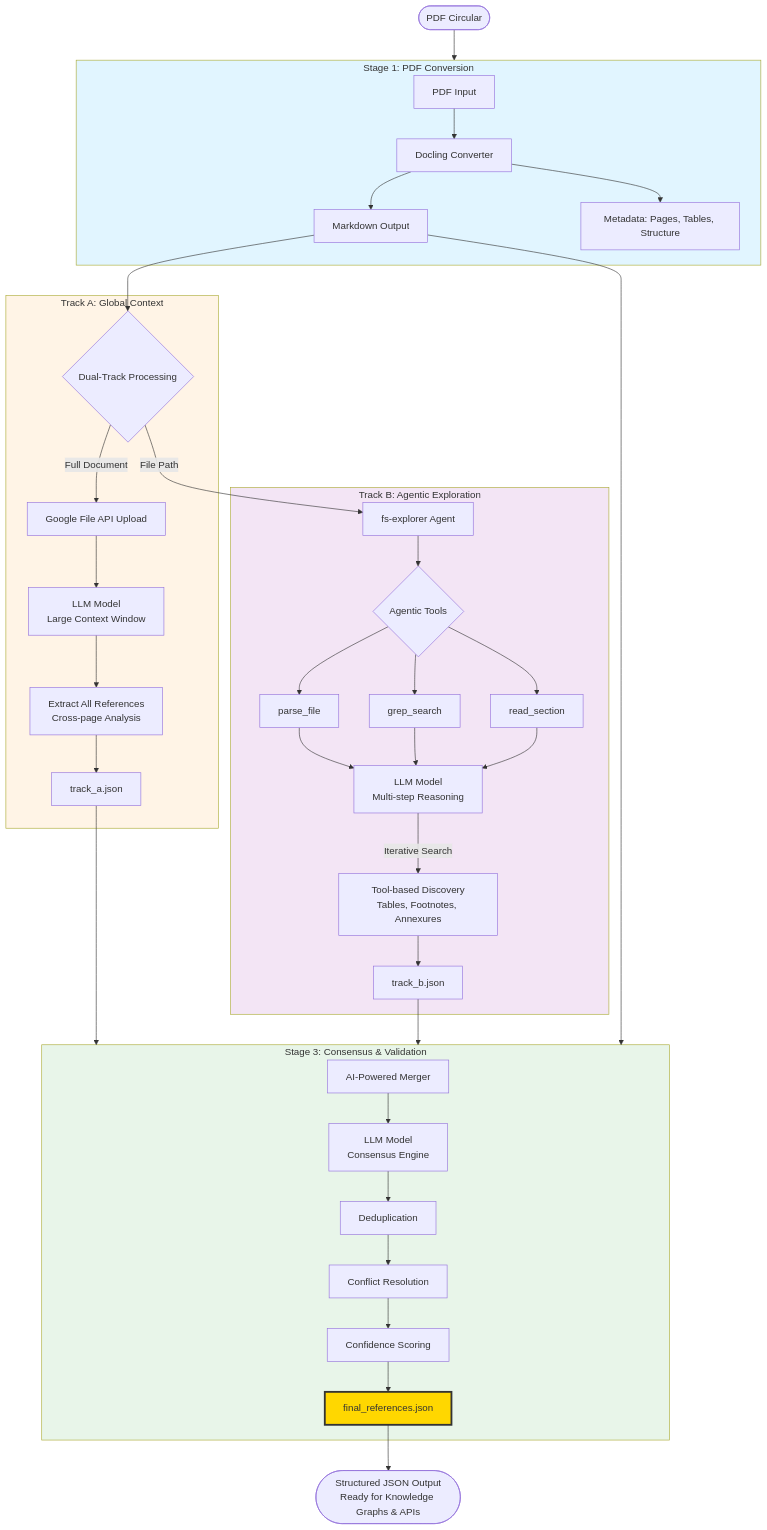
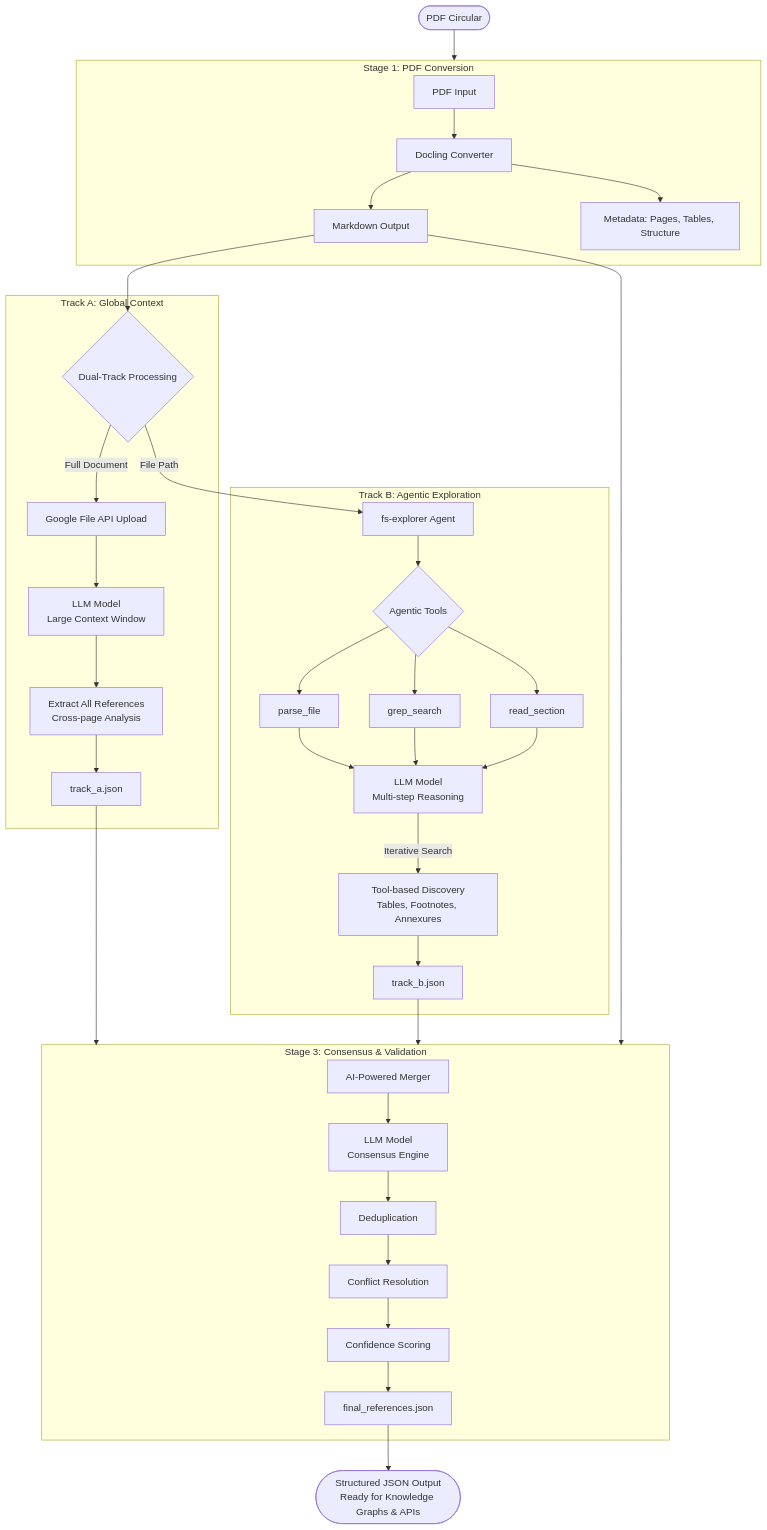
The diagram in README.md (shoryasethia/relatio), drawn with Mermaid before and after one commit. The commit also changed other lines of this file and 7 other files, not shown here.

Commit message:
Fix: Remove Mermaid custom colors, add output and samples folders

````diff
--- a/README.md
+++ b/README.md
@@ -27,50 +27,44 @@
 ```mermaid
 graph TB
     Start([PDF Circular]) --> Stage1
     
     subgraph Stage1[" Stage 1: PDF Conversion "]
         PDF[PDF Input] --> Docling[Docling Converter]
         Docling --> MD[Markdown Output]
         Docling --> Meta[Metadata: Pages, Tables, Structure]
     end
     
     MD --> Split{Dual-Track Processing}
     
     subgraph Stage2A[" Track A: Global Context "]
         Split -->|Full Document| FileAPI[Google File API Upload]
         FileAPI --> LLM_A[LLM Model<br/>Large Context Window]
         LLM_A --> GlobalExtract[Extract All References<br/>Cross-page Analysis]
         GlobalExtract --> TrackA_JSON[track_a.json]
     end
     
     subgraph Stage2B[" Track B: Agentic Exploration "]
         Split -->|File Path| FSExplorer[fs-explorer Agent]
         FSExplorer --> Tools{Agentic Tools}
         Tools --> Parse[parse_file]
         Tools --> Grep[grep_search]
         Tools --> Read[read_section]
         Parse & Grep & Read --> LLM_B[LLM Model<br/>Multi-step Reasoning]
         LLM_B -->|Iterative Search| AgenticExtract[Tool-based Discovery<br/>Tables, Footnotes, Annexures]
         AgenticExtract --> TrackB_JSON[track_b.json]
     end
     
     TrackA_JSON --> Stage3
     TrackB_JSON --> Stage3
     MD --> Stage3
     
     subgraph Stage3[" Stage 3: Consensus & Validation "]
         Merge[AI-Powered Merger] --> LLM_C[LLM Model<br/>Consensus Engine]
         LLM_C --> Dedup[Deduplication]
         Dedup --> Validate[Conflict Resolution]
         Validate --> Confidence[Confidence Scoring]
         Confidence --> Final[final_references.json]
     end
     
     Final --> Output([Structured JSON Output<br/>Ready for Knowledge Graphs & APIs])
-    
-    style Stage1 fill:#e1f5ff
-    style Stage2A fill:#fff4e6
-    style Stage2B fill:#f3e5f5
-    style Stage3 fill:#e8f5e9
-    style Final fill:#ffd700,stroke:#333,stroke-width:3px
 ```
````
